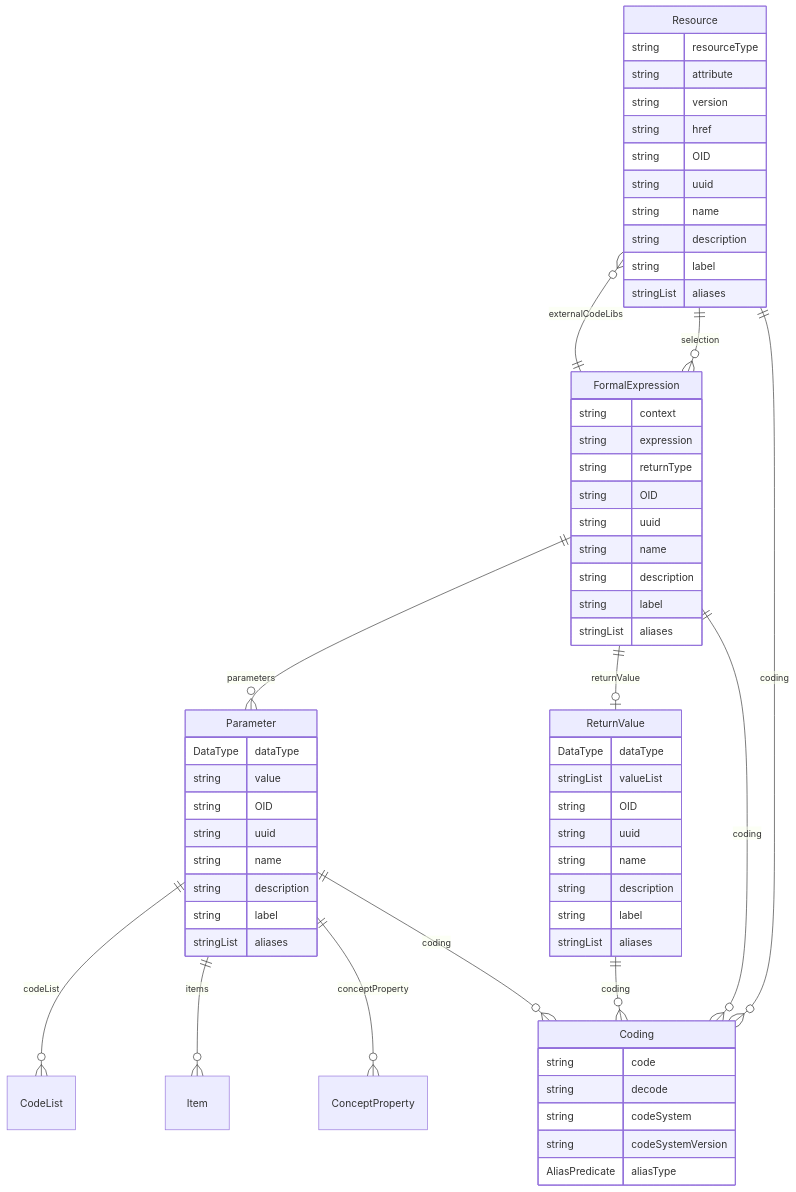
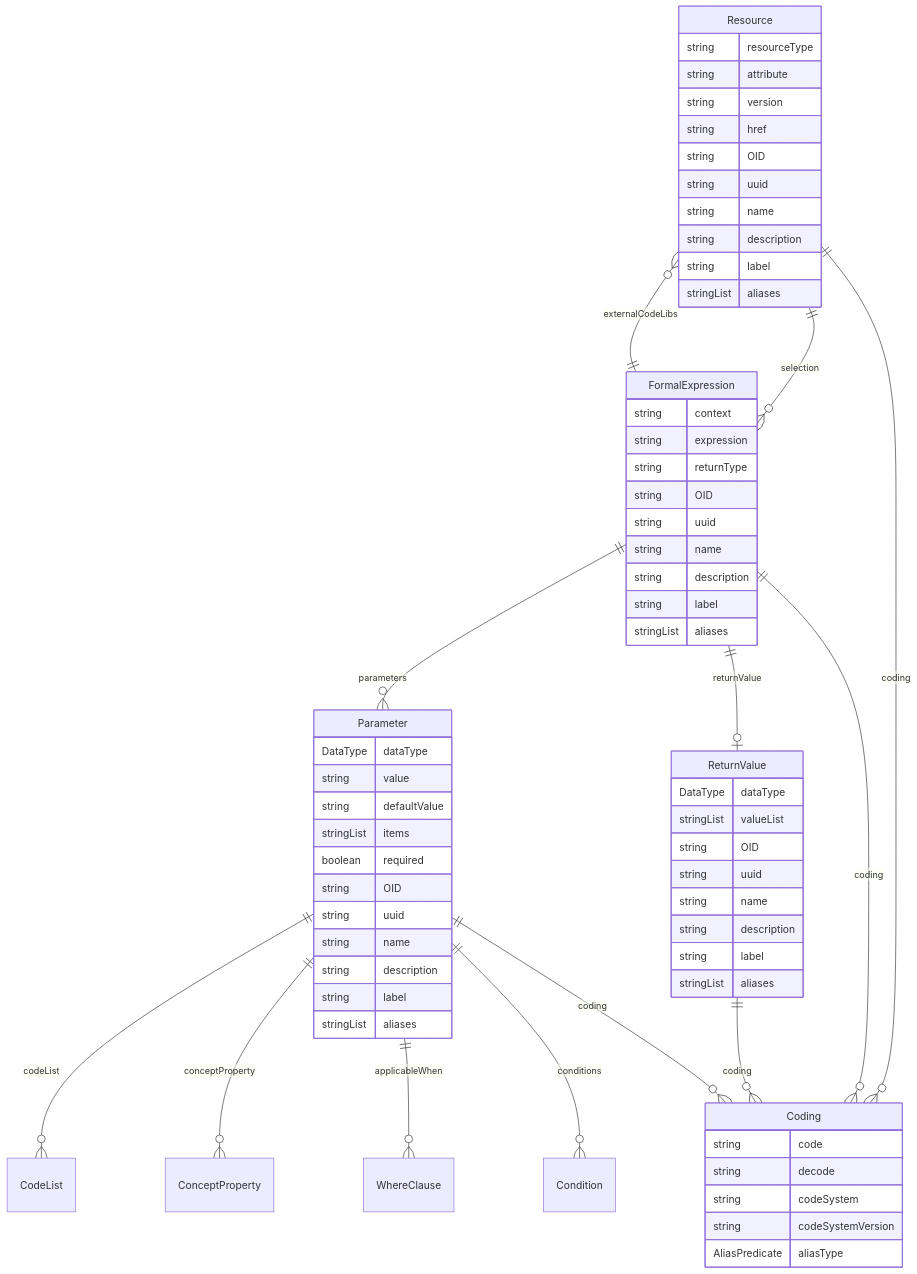
The diagram in docs/classes/Resource.md (TeMeta/define-json), drawn with Mermaid before and after one commit. The commit also changed other lines of this file and 260 other files, not shown here.

````diff
--- a/docs/classes/Resource.md
+++ b/docs/classes/Resource.md
@@ -16,66 +16,70 @@
 ```mermaid
 erDiagram
 Resource {
     string resourceType  
     string attribute  
     string version  
     string href  
     string OID  
     string uuid  
     string name  
     string description  
     string label  
     stringList aliases  
 }
 Coding {
     string code  
     string decode  
     string codeSystem  
     string codeSystemVersion  
     AliasPredicate aliasType  
 }
 FormalExpression {
     string context  
     string expression  
     string returnType  
     string OID  
     string uuid  
     string name  
     string description  
     string label  
     stringList aliases  
 }
 ReturnValue {
     DataType dataType  
     stringList valueList  
     string OID  
     string uuid  
     string name  
     string description  
     string label  
     stringList aliases  
 }
 Parameter {
     DataType dataType  
     string value  
+    string defaultValue  
+    stringList items  
+    boolean required  
     string OID  
     string uuid  
     string name  
     string description  
     string label  
     stringList aliases  
 }
 
 Resource ||--}o FormalExpression : "selection"
 Resource ||--}o Coding : "coding"
 FormalExpression ||--}o Parameter : "parameters"
 FormalExpression ||--|o ReturnValue : "returnValue"
 FormalExpression ||--}o Resource : "externalCodeLibs"
 FormalExpression ||--}o Coding : "coding"
 ReturnValue ||--}o Coding : "coding"
 Parameter ||--}o CodeList : "codeList"
-Parameter ||--}o Item : "items"
 Parameter ||--}o ConceptProperty : "conceptProperty"
+Parameter ||--}o WhereClause : "applicableWhen"
+Parameter ||--}o Condition : "conditions"
 Parameter ||--}o Coding : "coding"
 
 ```
````
